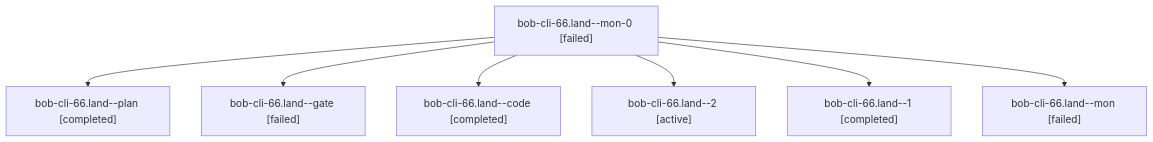
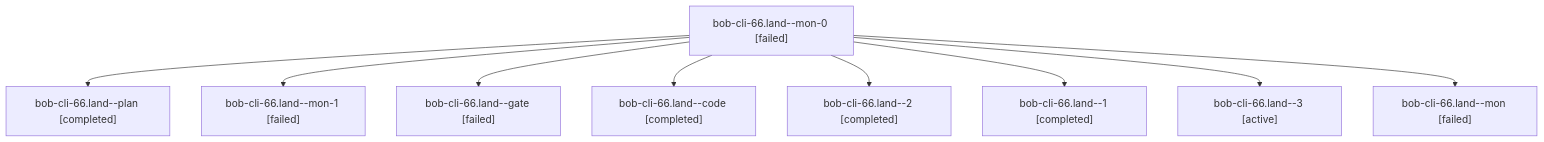
The diagram in sessions/bbugyi200.athena.bob-cli-66.land.md (bobs-org/bob-cli--agents), drawn with Mermaid before and after one commit. The commit also changed other lines of this file and 50 other files, not shown here.

````diff
--- a/sessions/bbugyi200.athena.bob-cli-66.land.md
+++ b/sessions/bbugyi200.athena.bob-cli-66.land.md
@@ -9,16 +9,20 @@
 ```mermaid
 flowchart TD
   n0["bob-cli-66.land--mon-0 [failed]"]
   n1["bob-cli-66.land--plan [completed]"]
   n0 --> n1
-  n2["bob-cli-66.land--gate [failed]"]
+  n2["bob-cli-66.land--mon-1 [failed]"]
   n0 --> n2
-  n3["bob-cli-66.land--code [completed]"]
+  n3["bob-cli-66.land--gate [failed]"]
   n0 --> n3
-  n4["bob-cli-66.land--2 [active]"]
+  n4["bob-cli-66.land--code [completed]"]
   n0 --> n4
-  n5["bob-cli-66.land--1 [completed]"]
+  n5["bob-cli-66.land--2 [completed]"]
   n0 --> n5
-  n6["bob-cli-66.land--mon [failed]"]
+  n6["bob-cli-66.land--1 [completed]"]
   n0 --> n6
+  n7["bob-cli-66.land--3 [active]"]
+  n0 --> n7
+  n8["bob-cli-66.land--mon [failed]"]
+  n0 --> n8
 ```
````
